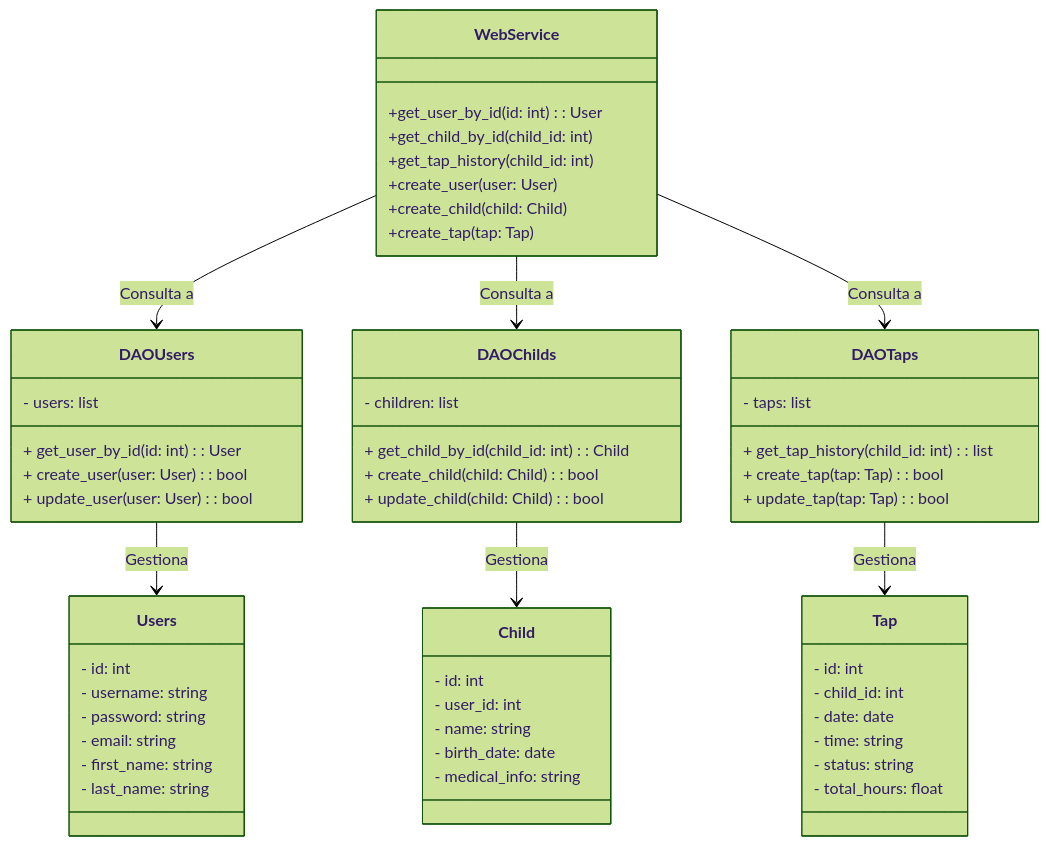
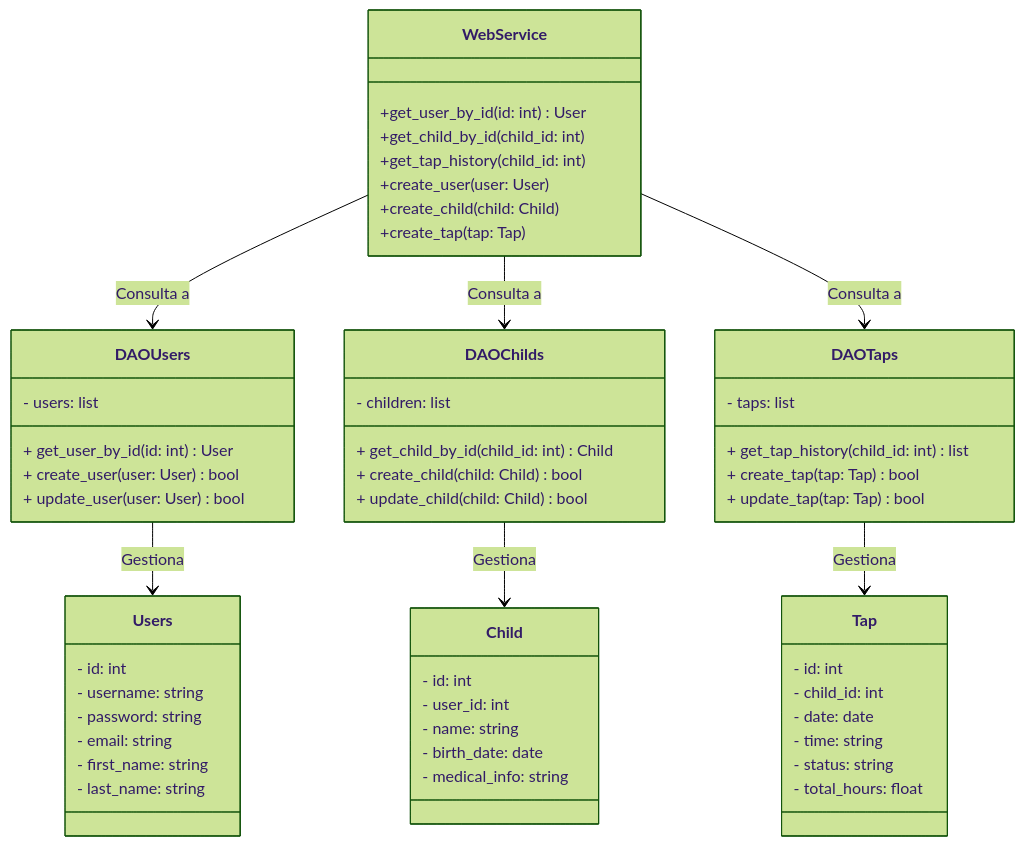
Before and after one commit to Ruben2006676/TapatApp: the diagram in Prototip2/Backend/BackendP2.mermaid, drawn with Mermaid (forest theme).

Commit message:
BackendP2.mermaid

```diff
--- a/Prototip2/Backend/BackendP2.mermaid
+++ b/Prototip2/Backend/BackendP2.mermaid
@@ -1,64 +1,64 @@
 classDiagram
     class WebService {
-        +get_user_by_id(id: int): User
+        +get_user_by_id(id: int) User
         +get_child_by_id(child_id: int)
         +get_tap_history(child_id: int)
         +create_user(user: User)
         +create_child(child: Child)
         +create_tap(tap: Tap)
     }
 
     class DAOUsers {
         - users: list
-        + get_user_by_id(id: int): User
-        + create_user(user: User): bool
-        + update_user(user: User): bool
+        + get_user_by_id(id: int) User
+        + create_user(user: User) bool
+        + update_user(user: User) bool
     }
 
     class DAOChilds {
         - children: list
-        + get_child_by_id(child_id: int): Child
-        + create_child(child: Child): bool
-        + update_child(child: Child): bool
+        + get_child_by_id(child_id: int) Child
+        + create_child(child: Child) bool
+        + update_child(child: Child) bool
     }
 
     class DAOTaps {
         - taps: list
-        + get_tap_history(child_id: int): list<Tap>
-        + create_tap(tap: Tap): bool
-        + update_tap(tap: Tap): bool
+        + get_tap_history(child_id: int) list<Tap>
+        + create_tap(tap: Tap) bool
+        + update_tap(tap: Tap) bool
     }
 
     class Users {
         - id: int
         - username: string
         - password: string
         - email: string
         - first_name: string
         - last_name: string
     }
 
     class Child {
         - id: int
         - user_id: int
         - name: string
         - birth_date: date
         - medical_info: string
     }
 
     class Tap {
         - id: int
         - child_id: int
         - date: date
         - time: string
         - status: string
         - total_hours: float
     }
 
     WebService --> DAOUsers : Consulta a
     WebService --> DAOChilds : Consulta a
     WebService --> DAOTaps : Consulta a
 
     DAOUsers --> Users : Gestiona
     DAOChilds --> Child : Gestiona
     DAOTaps --> Tap : Gestiona
```
